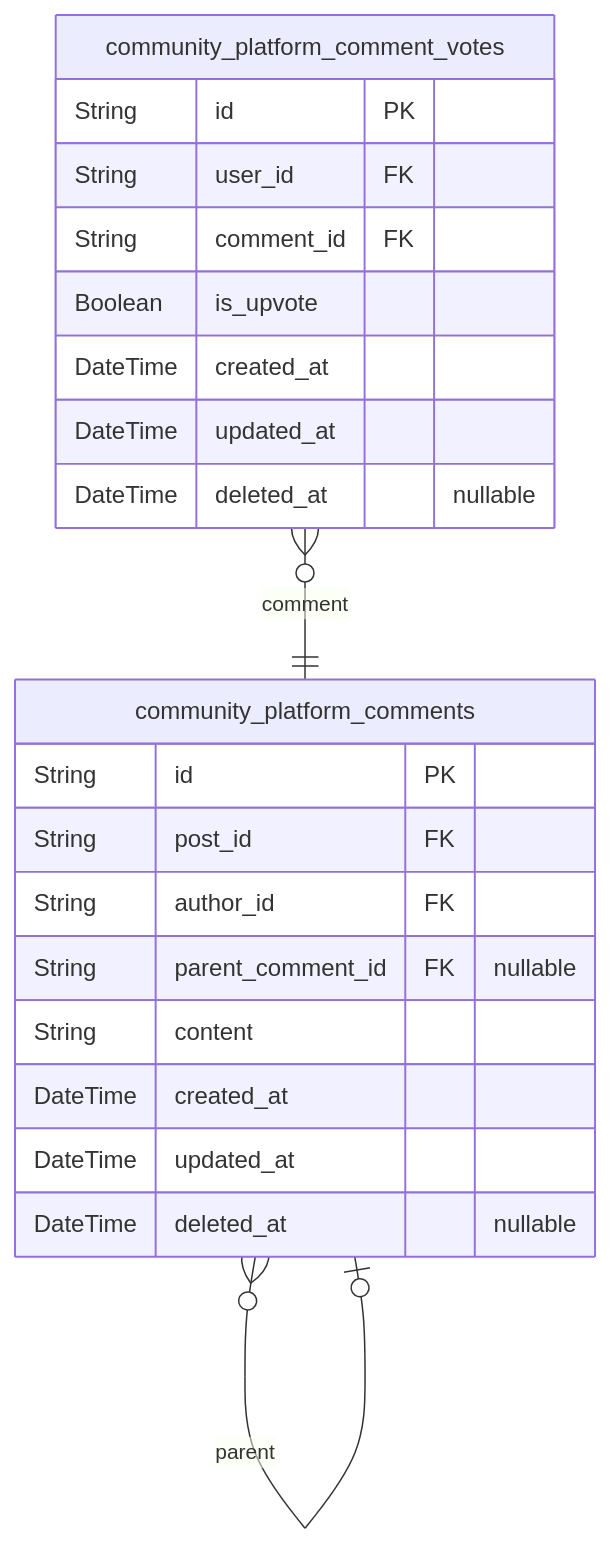
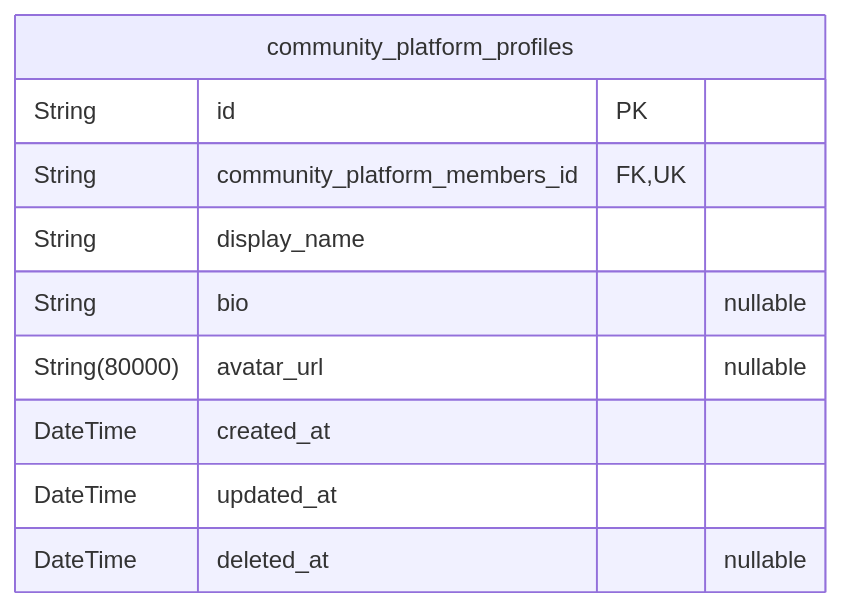
Before and after one commit to wrtnlabs/autobe-examples: diagram 11 of 11 in qwen/qwen3-30b-a3b-thinking-2507/reddit/docs/ERD.md, drawn with Mermaid. The commit also changed other lines of this file and 11104 other files, not shown here.

````diff
--- a/qwen/qwen3-30b-a3b-thinking-2507/reddit/docs/ERD.md
+++ b/qwen/qwen3-30b-a3b-thinking-2507/reddit/docs/ERD.md
@@ -813,24 +1002,13 @@
 ```mermaid
 erDiagram
-"community_platform_comment_votes" {
+"community_platform_profiles" {
   String id PK
-  String user_id FK
-  String comment_id FK
-  Boolean is_upvote
+  String community_platform_members_id FK,UK
+  String display_name
+  String bio "nullable"
+  String(80000) avatar_url "nullable"
   DateTime created_at
   DateTime updated_at
   DateTime deleted_at "nullable"
 }
-"community_platform_comments" {
-  String id PK
-  String post_id FK
-  String author_id FK
-  String parent_comment_id FK "nullable"
-  String content
-  DateTime created_at
-  DateTime updated_at
-  DateTime deleted_at "nullable"
-}
-"community_platform_comment_votes" }o--|| "community_platform_comments" : comment
-"community_platform_comments" }o--o| "community_platform_comments" : parent
 ```
````
